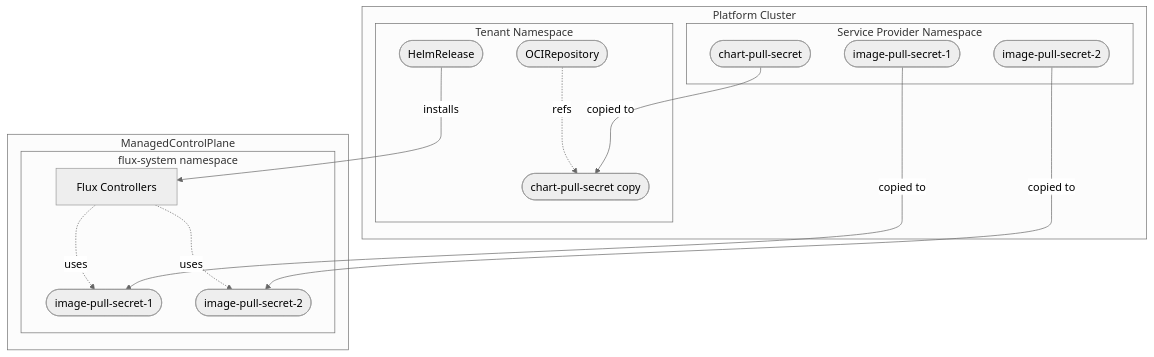
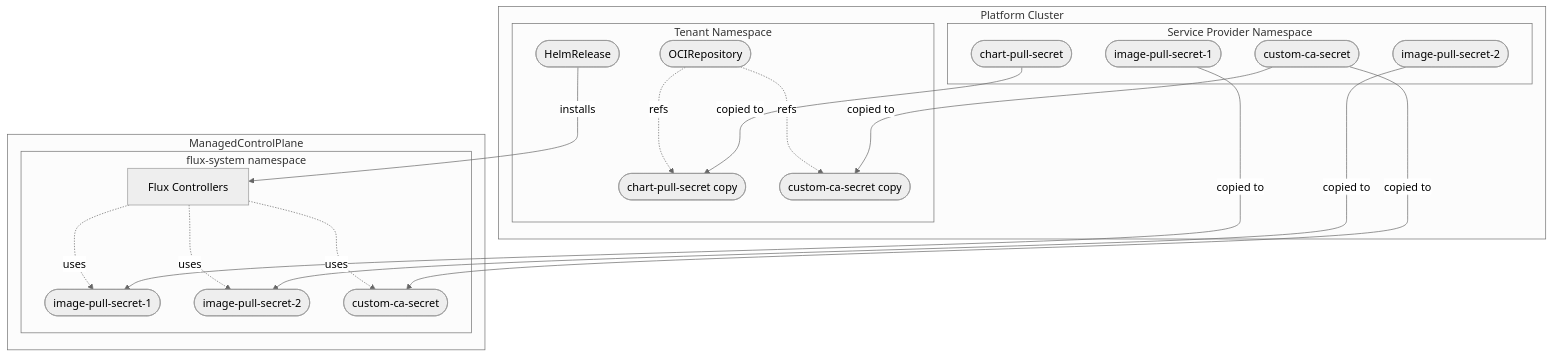
One commit to openmcp-project/service-provider-flux changed the diagram in docs/configuration/image-localization.md. Above: the diagram before and after it, drawn with Mermaid (neutral theme). The commit also changed other lines of this file and 10 other files, not shown here.

````diff
--- a/docs/configuration/image-localization.md
+++ b/docs/configuration/image-localization.md
@@ -21,33 +22,40 @@
 ```mermaid
 flowchart TB
 
   subgraph PC[Platform Cluster]
     subgraph SPN[Service Provider Namespace]
       chartsecret([chart-pull-secret])
+      customcasecret([custom-ca-secret])
       imgsecret1([image-pull-secret-1])
       imgsecret2([image-pull-secret-2])
     end
 
     subgraph TN[Tenant Namespace]
       chartsecretcopy([chart-pull-secret copy])
+      customcasecretcopy([custom-ca-secret copy])
       ocirepo([OCIRepository])
       helmrel([HelmRelease])
       ocirepo -. refs .-> chartsecretcopy
+      ocirepo -. refs .-> customcasecretcopy
     end
   end
 
   subgraph MCP[ManagedControlPlane]
     subgraph FS[flux-system namespace]
       imgcopy1([image-pull-secret-1])
       imgcopy2([image-pull-secret-2])
+      casecretcopy([custom-ca-secret])
       fluxctrl[Flux Controllers]
       fluxctrl -. uses .-> imgcopy1
       fluxctrl -. uses .-> imgcopy2
+      fluxctrl -. uses .-> casecretcopy
     end
   end
 
   chartsecret -- copied to --> chartsecretcopy
+  customcasecret -- copied to --> customcasecretcopy
   imgsecret1 -- copied to --> imgcopy1
   imgsecret2 -- copied to --> imgcopy2
+  customcasecret -- copied to --> casecretcopy
   helmrel -- installs --> fluxctrl
 ```
````
